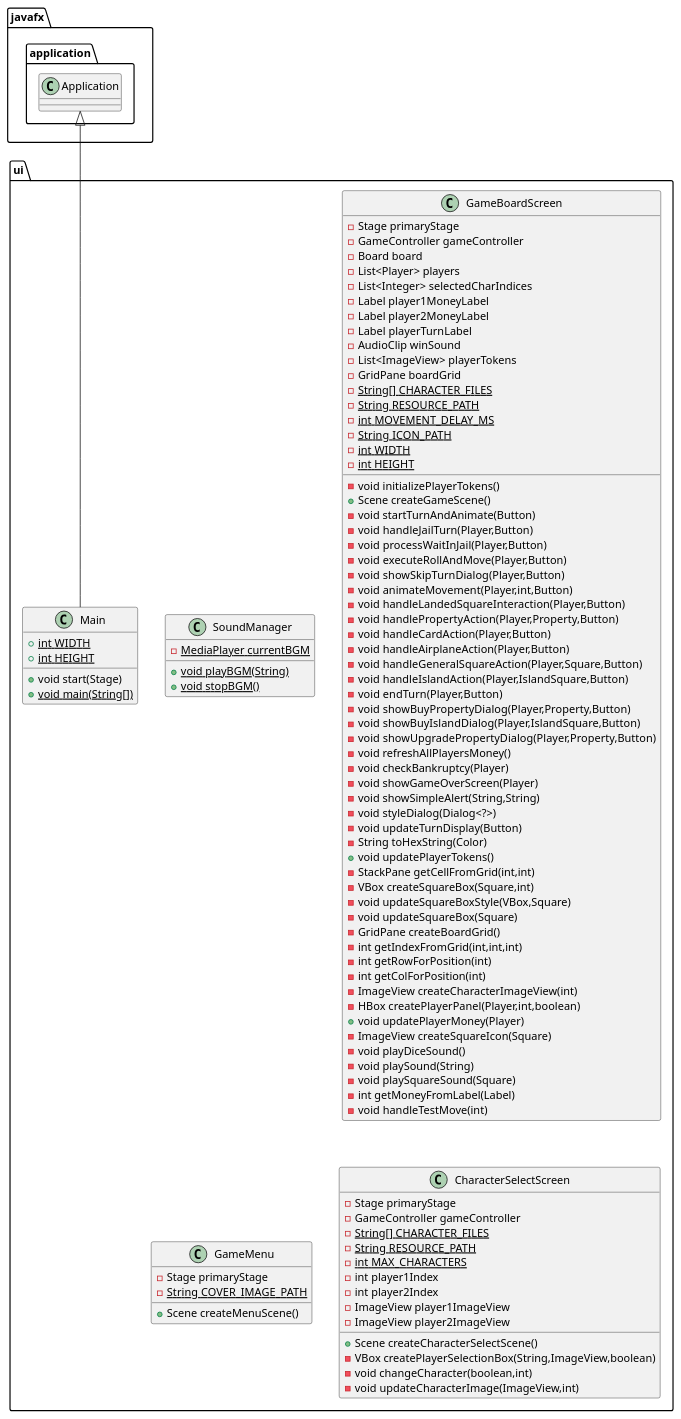
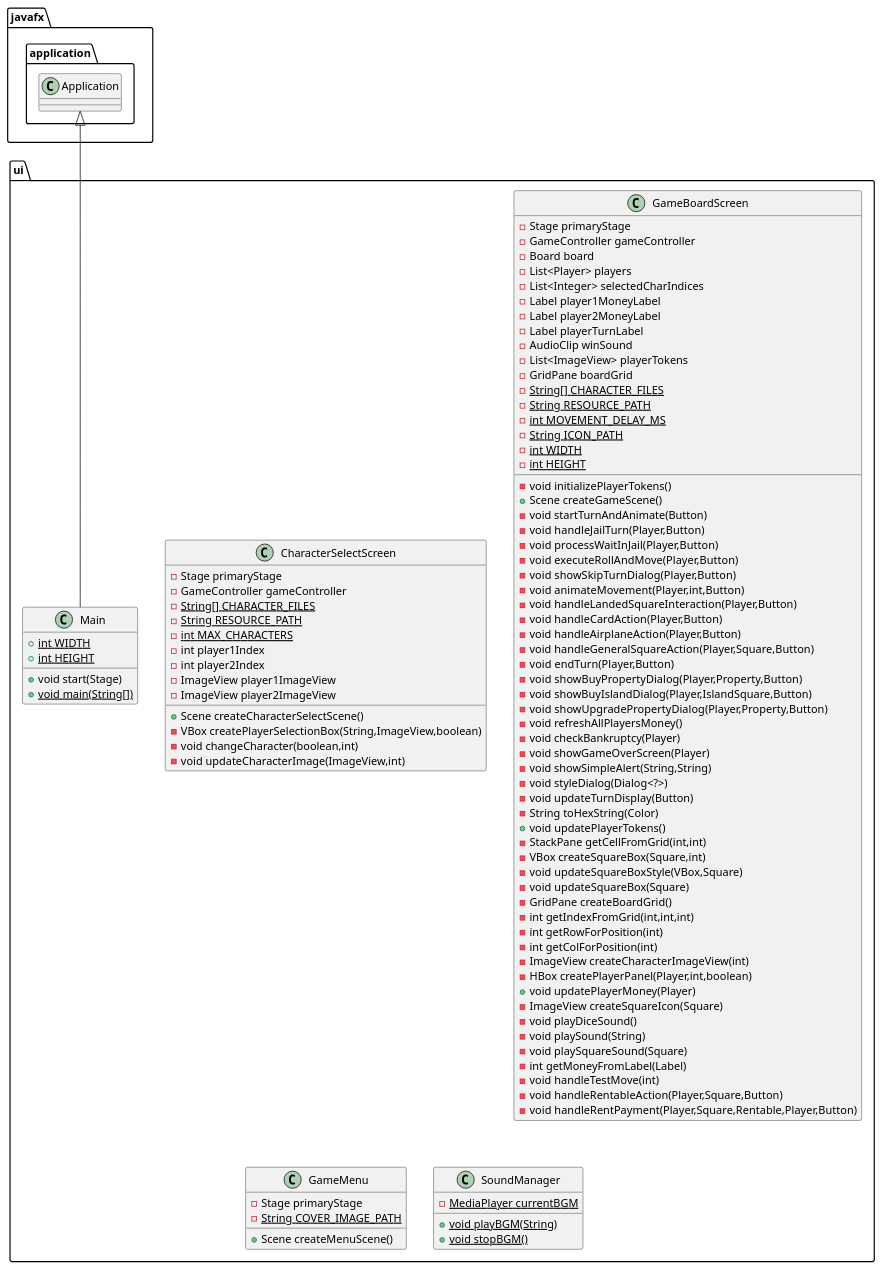
One commit to Boonnapod/Programming_Methodology_Project changed the diagram in UML/UMLUI.puml. Above: the diagram before and after it, drawn with PlantUML. The commit also changed 9 other files, not shown here.

Commit message:
UML CHANGED

```diff
--- a/UML/UMLUI.puml
+++ b/UML/UMLUI.puml
@@ -1,108 +1,108 @@
 @startuml
-class ui.SoundManager {
-- {static} MediaPlayer currentBGM
-+ {static} void playBGM(String)
-+ {static} void stopBGM()
-}
-
-
-class ui.Main {
-+ {static} int WIDTH
-+ {static} int HEIGHT
-+ void start(Stage)
-+ {static} void main(String[])
+class ui.CharacterSelectScreen {
+- Stage primaryStage
+- GameController gameController
+- {static} String[] CHARACTER_FILES
+- {static} String RESOURCE_PATH
+- {static} int MAX_CHARACTERS
+- int player1Index
+- int player2Index
+- ImageView player1ImageView
+- ImageView player2ImageView
++ Scene createCharacterSelectScene()
+- VBox createPlayerSelectionBox(String,ImageView,boolean)
+- void changeCharacter(boolean,int)
+- void updateCharacterImage(ImageView,int)
 }
 
 
 class ui.GameBoardScreen {
 - Stage primaryStage
 - GameController gameController
 - Board board
 - List<Player> players
 - List<Integer> selectedCharIndices
 - Label player1MoneyLabel
 - Label player2MoneyLabel
 - Label playerTurnLabel
 - AudioClip winSound
 - List<ImageView> playerTokens
 - GridPane boardGrid
 - {static} String[] CHARACTER_FILES
 - {static} String RESOURCE_PATH
 - {static} int MOVEMENT_DELAY_MS
 - {static} String ICON_PATH
 - {static} int WIDTH
 - {static} int HEIGHT
 - void initializePlayerTokens()
 + Scene createGameScene()
 - void startTurnAndAnimate(Button)
 - void handleJailTurn(Player,Button)
 - void processWaitInJail(Player,Button)
 - void executeRollAndMove(Player,Button)
 - void showSkipTurnDialog(Player,Button)
 - void animateMovement(Player,int,Button)
 - void handleLandedSquareInteraction(Player,Button)
-- void handlePropertyAction(Player,Property,Button)
 - void handleCardAction(Player,Button)
 - void handleAirplaneAction(Player,Button)
 - void handleGeneralSquareAction(Player,Square,Button)
-- void handleIslandAction(Player,IslandSquare,Button)
 - void endTurn(Player,Button)
 - void showBuyPropertyDialog(Player,Property,Button)
 - void showBuyIslandDialog(Player,IslandSquare,Button)
 - void showUpgradePropertyDialog(Player,Property,Button)
 - void refreshAllPlayersMoney()
 - void checkBankruptcy(Player)
 - void showGameOverScreen(Player)
 - void showSimpleAlert(String,String)
 - void styleDialog(Dialog<?>)
 - void updateTurnDisplay(Button)
 - String toHexString(Color)
 + void updatePlayerTokens()
 - StackPane getCellFromGrid(int,int)
 - VBox createSquareBox(Square,int)
 - void updateSquareBoxStyle(VBox,Square)
 - void updateSquareBox(Square)
 - GridPane createBoardGrid()
 - int getIndexFromGrid(int,int,int)
 - int getRowForPosition(int)
 - int getColForPosition(int)
 - ImageView createCharacterImageView(int)
 - HBox createPlayerPanel(Player,int,boolean)
 + void updatePlayerMoney(Player)
 - ImageView createSquareIcon(Square)
 - void playDiceSound()
 - void playSound(String)
 - void playSquareSound(Square)
 - int getMoneyFromLabel(Label)
 - void handleTestMove(int)
+- void handleRentableAction(Player,Square,Button)
+- void handleRentPayment(Player,Square,Rentable,Player,Button)
 }
 
 
 class ui.GameMenu {
 - Stage primaryStage
 - {static} String COVER_IMAGE_PATH
 + Scene createMenuScene()
 }
 
 
-class ui.CharacterSelectScreen {
-- Stage primaryStage
-- GameController gameController
-- {static} String[] CHARACTER_FILES
-- {static} String RESOURCE_PATH
-- {static} int MAX_CHARACTERS
-- int player1Index
-- int player2Index
-- ImageView player1ImageView
-- ImageView player2ImageView
-+ Scene createCharacterSelectScene()
-- VBox createPlayerSelectionBox(String,ImageView,boolean)
-- void changeCharacter(boolean,int)
-- void updateCharacterImage(ImageView,int)
+class ui.Main {
++ {static} int WIDTH
++ {static} int HEIGHT
++ void start(Stage)
++ {static} void main(String[])
+}
+
+
+class ui.SoundManager {
+- {static} MediaPlayer currentBGM
++ {static} void playBGM(String)
++ {static} void stopBGM()
 }
 
 
 
 
 javafx.application.Application <|-- ui.Main
 @enduml
```
